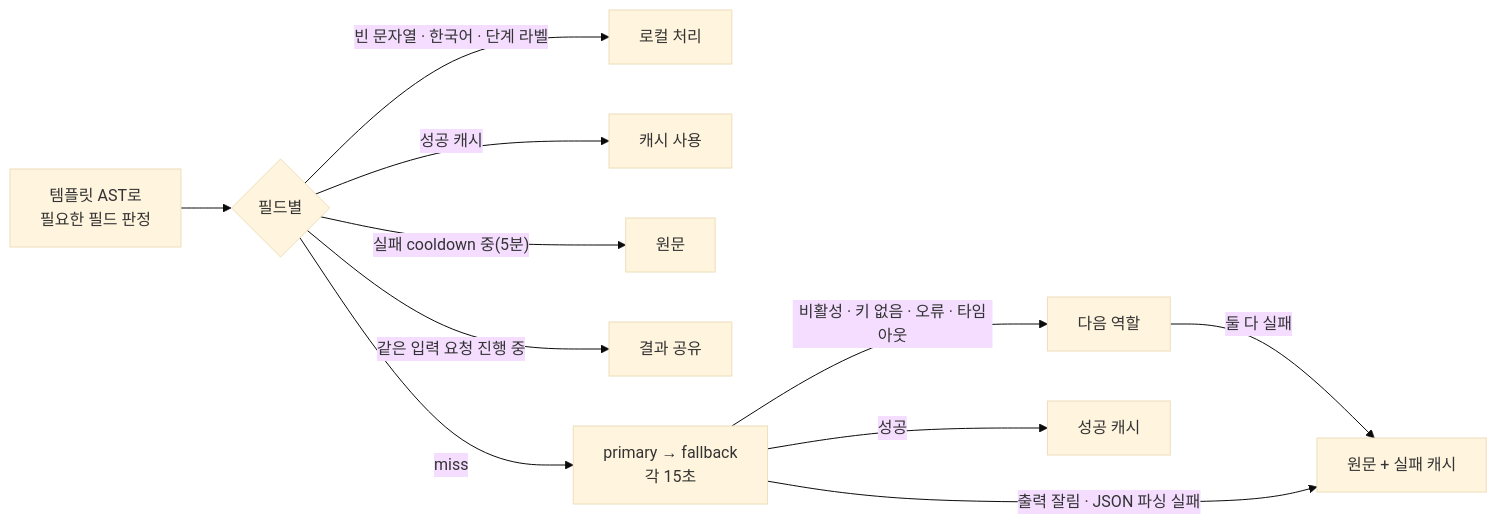
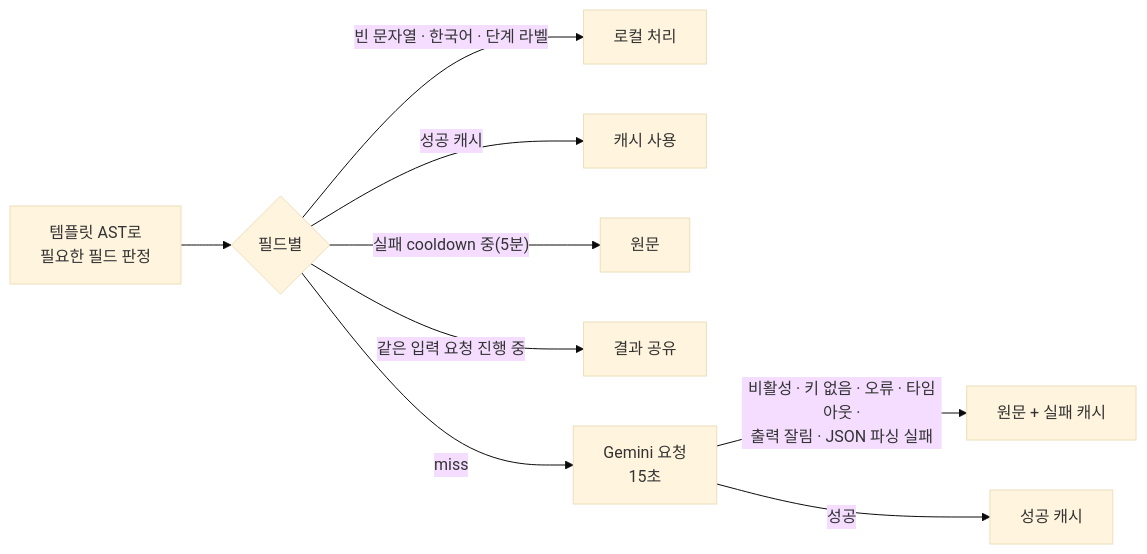
Before and after one commit to Genticca/Private-RSS-Delivery: the eighth of 10 diagrams in Docs/architecture.md, drawn with Mermaid (base theme). The commit also changed other lines of this file and 53 other files, not shown here.

````diff
--- a/Docs/architecture.md
+++ b/Docs/architecture.md
@@ -286,13 +287,11 @@
 ```mermaid
 flowchart LR
   A["템플릿 AST로<br/>필요한 필드 판정"] --> B{"필드별"}
   B -->|"빈 문자열 · 한국어 · 단계 라벨"| L[로컬 처리]
   B -->|성공 캐시| C[캐시 사용]
   B -->|"실패 cooldown 중(5분)"| O[원문]
   B -->|같은 입력 요청 진행 중| SF[결과 공유]
-  B -->|miss| M["primary → fallback<br/>각 15초"]
-  M -->|"비활성 · 키 없음 · 오류 · 타임아웃"| M2[다음 역할]
-  M2 -->|둘 다 실패| O2["원문 + 실패 캐시"]
-  M -->|"출력 잘림 · JSON 파싱 실패"| O2
+  B -->|miss| M["Gemini 요청<br/>15초"]
+  M -->|"비활성 · 키 없음 · 오류 · 타임아웃 ·<br/>출력 잘림 · JSON 파싱 실패"| O2["원문 + 실패 캐시"]
   M -->|성공| S[성공 캐시]
 ```
````
